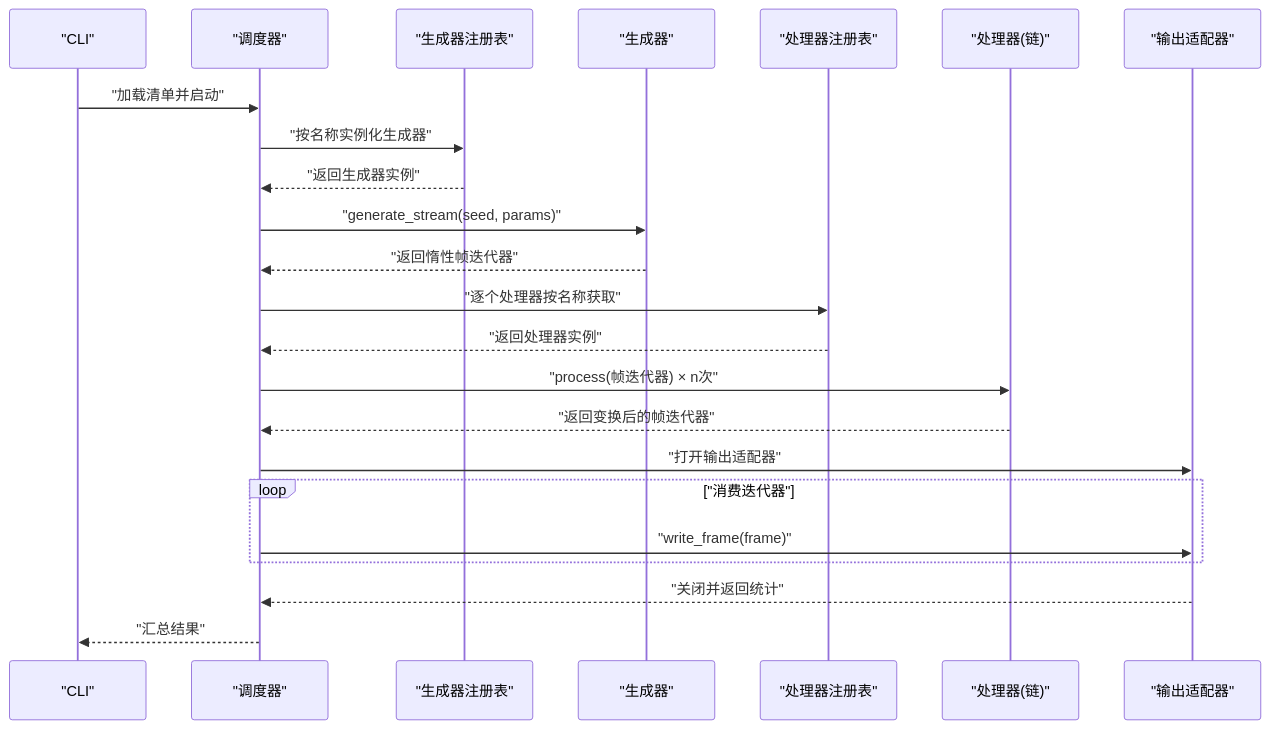
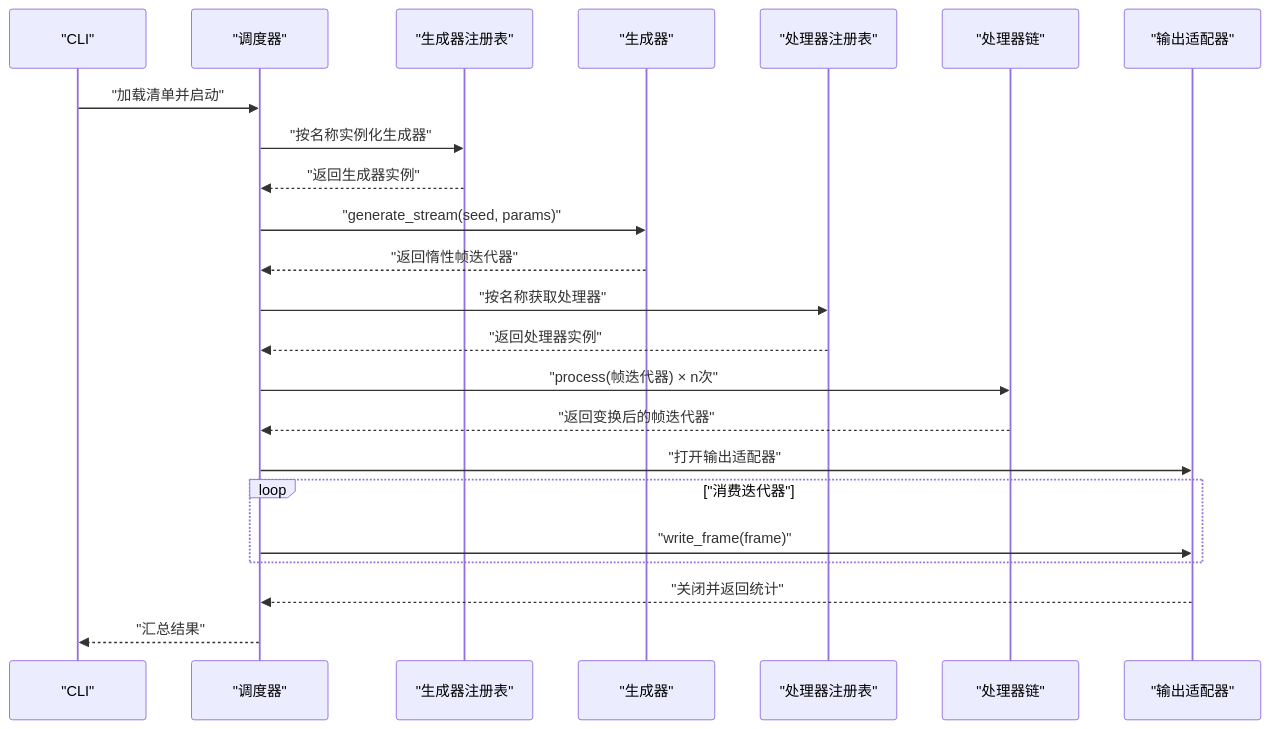
The second of 10 diagrams in .qoder/repowiki/zh/content/后处理管道层/后处理管道层.md (shiyukonghui/StructGen-rs), drawn with Mermaid before and after one commit. The commit also changed other lines of this file and 8 other files, not shown here.

````diff
--- a/.qoder/repowiki/zh/content/后处理管道层/后处理管道层.md
+++ b/.qoder/repowiki/zh/content/后处理管道层/后处理管道层.md
@@ -98,25 +107,25 @@
 ```mermaid
 sequenceDiagram
 participant CLI as "CLI"
 participant Scheduler as "调度器"
 participant GenReg as "生成器注册表"
 participant Gen as "生成器"
 participant ProcReg as "处理器注册表"
-participant Proc as "处理器(链)"
+participant ProcChain as "处理器链"
 participant Sink as "输出适配器"
 CLI->>Scheduler : "加载清单并启动"
 Scheduler->>GenReg : "按名称实例化生成器"
 GenReg-->>Scheduler : "返回生成器实例"
 Scheduler->>Gen : "generate_stream(seed, params)"
 Gen-->>Scheduler : "返回惰性帧迭代器"
-Scheduler->>ProcReg : "逐个处理器按名称获取"
+Scheduler->>ProcReg : "按名称获取处理器"
 ProcReg-->>Scheduler : "返回处理器实例"
-Scheduler->>Proc : "process(帧迭代器) × n次"
-Proc-->>Scheduler : "返回变换后的帧迭代器"
+Scheduler->>ProcChain : "process(帧迭代器) × n次"
+ProcChain-->>Scheduler : "返回变换后的帧迭代器"
 Scheduler->>Sink : "打开输出适配器"
 loop "消费迭代器"
 Scheduler->>Sink : "write_frame(frame)"
 end
 Sink-->>Scheduler : "关闭并返回统计"
 Scheduler-->>CLI : "汇总结果"
 ```
````
